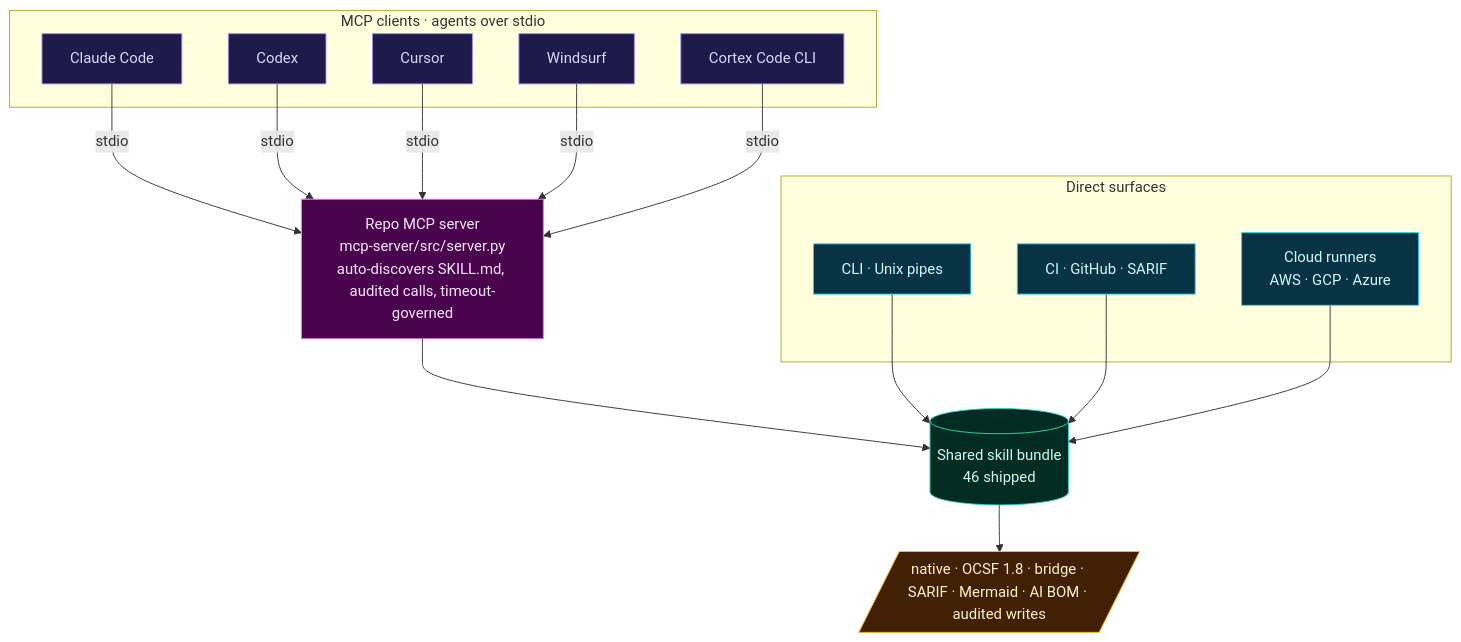
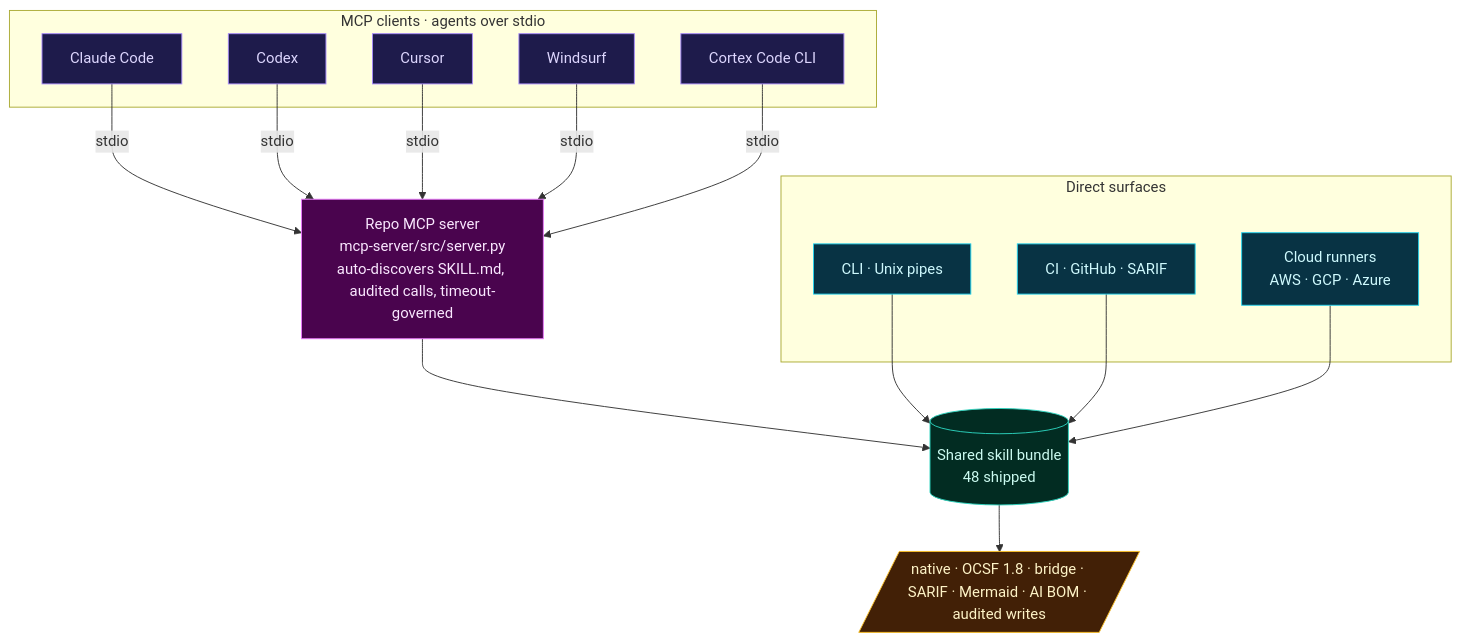
The second of 5 diagrams in README.md (msaad00/cloud-ai-security-skills), drawn with Mermaid before and after one commit. The commit also changed other lines of this file and 2 other files, not shown here.

Commit message:
fix(tooling+docs): unbreak bare mypy and reconcile skill counts
- pyproject [tool.mypy]: drop unconditional `files = ["skills"]` and add
  `explicit_package_bases` + `namespace_packages`. The flat per-skill
  `src/<entrypoint>.py` layout (e.g. src/detect.py) collides on module
  names and aborted with "Duplicate module named 'detect'" whenever a
  contributor or IDE invoked `mypy` from pyproject defaults.
  Canonical entrypoint stays `scripts/run_mypy.sh`; ad-hoc per-directory
  invocations now resolve cleanly.

- README.md: agent-integration mermaid label "46 shipped" → "48 shipped";
  L5 Remediate "2 skills" → "3 skills" (matches shipped count from the
  layer table at L22-30 and the skill-count consistency validator).

- CLAUDE.md: skills/ tree was a stale snapshot showing only 12
  ingestion + 5 detection. Refreshed to enumerate the 18 ingestion
  (15 ingest-* + 3 source-*) and 11 detection skills that actually ship.

Verified: all 9 contract validators pass, 1152 tests pass, ruff clean,
`scripts/run_mypy.sh` clean, bare `mypy --config-file pyproject.toml`
no longer crashes mid-walk.

````diff
--- a/README.md
+++ b/README.md
@@ -102,37 +102,37 @@
 ```mermaid
 flowchart TB
     classDef client fill:#1e1b4b,stroke:#a78bfa,color:#ddd6fe
     classDef direct fill:#083344,stroke:#22d3ee,color:#cffafe
     classDef mcp fill:#4a044e,stroke:#e879f9,color:#fae8ff
     classDef bundle fill:#022c22,stroke:#2dd4bf,color:#ccfbf1
     classDef output fill:#422006,stroke:#fbbf24,color:#fef3c7
 
     subgraph Clients["MCP clients · agents over stdio"]
         claude[Claude Code]:::client
         codex[Codex]:::client
         cursor[Cursor]:::client
         windsurf[Windsurf]:::client
         cortex[Cortex Code CLI]:::client
     end
 
     subgraph Direct["Direct surfaces"]
         cli[CLI · Unix pipes]:::direct
         ci[CI · GitHub · SARIF]:::direct
         runners["Cloud runners<br/>AWS · GCP · Azure"]:::direct
     end
 
     mcp["Repo MCP server<br/>mcp-server/src/server.py<br/>auto-discovers SKILL.md, audited calls, timeout-governed"]:::mcp
-    bundle[("Shared skill bundle<br/>46 shipped")]:::bundle
+    bundle[("Shared skill bundle<br/>48 shipped")]:::bundle
     outputs[/"native · OCSF 1.8 · bridge · SARIF · Mermaid · AI BOM · audited writes"/]:::output
 
     claude -->|stdio| mcp
     codex -->|stdio| mcp
     cursor -->|stdio| mcp
     windsurf -->|stdio| mcp
     cortex -->|stdio| mcp
     mcp --> bundle
     cli --> bundle
     ci --> bundle
     runners --> bundle
     bundle --> outputs
 ```
````
